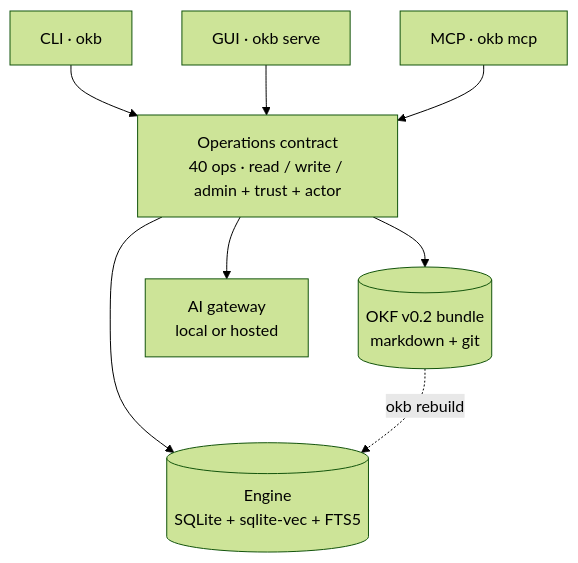
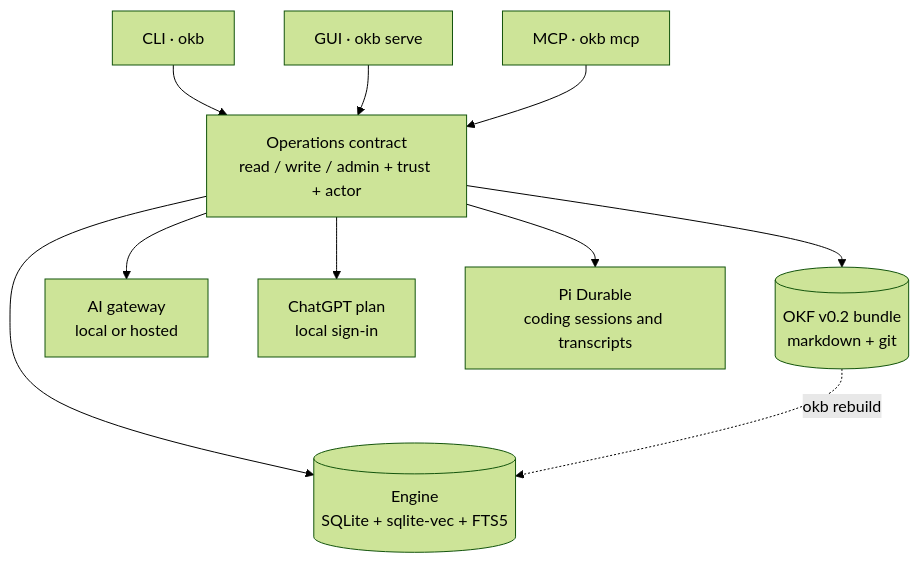
The diagram in README.md (mellow-mike/okbrain), drawn with Mermaid (forest theme) before and after one commit. The commit also changed other lines of this file and 16 other files, not shown here.

````diff
--- a/README.md
+++ b/README.md
@@ -343,11 +351,13 @@
 ```mermaid
 flowchart TD
     CLI["CLI · okb"] --> OPS
     GUI["GUI · okb serve"] --> OPS
     MCP["MCP · okb mcp"] --> OPS
-    OPS["Operations contract<br/>40 ops · read / write / admin + trust + actor"]
+    OPS["Operations contract<br/>read / write / admin + trust + actor"]
     OPS --> BUNDLE[("OKF v0.2 bundle<br/>markdown + git")]
     OPS --> ENGINE[("Engine<br/>SQLite + sqlite-vec + FTS5")]
     OPS --> AI["AI gateway<br/>local or hosted"]
+    OPS --> PLAN["ChatGPT plan<br/>local sign-in"]
+    OPS --> PI["Pi Durable<br/>coding sessions and transcripts"]
     BUNDLE -.->|okb rebuild| ENGINE
 ```
````
